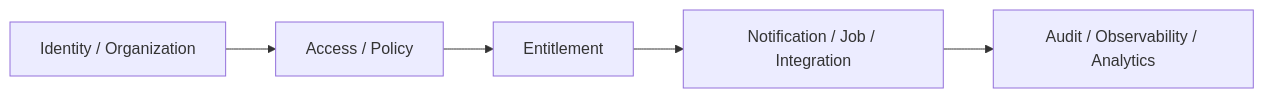
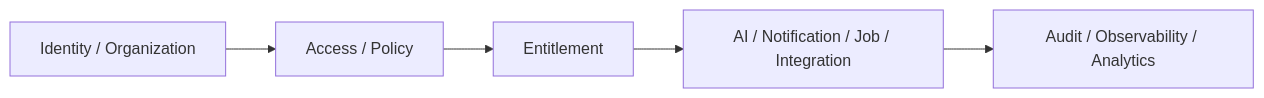
One commit to 122sp7/xuanwu-app changed the second of 2 diagrams in docs/contexts/platform/bounded-contexts.md. Above: the diagram before and after it, drawn with Mermaid. The commit also changed other lines of this file and 12 other files, not shown here.

````diff
--- a/docs/contexts/platform/bounded-contexts.md
+++ b/docs/contexts/platform/bounded-contexts.md
@@ -66,7 +68,7 @@
 ```mermaid
 flowchart LR
 	Identity["Identity / Organization"] --> Access["Access / Policy"]
 	Access --> Entitlement["Entitlement"]
-	Entitlement --> Delivery["Notification / Job / Integration"]
+	Entitlement --> Delivery["AI / Notification / Job / Integration"]
 	Delivery --> Audit["Audit / Observability / Analytics"]
 ```
````
